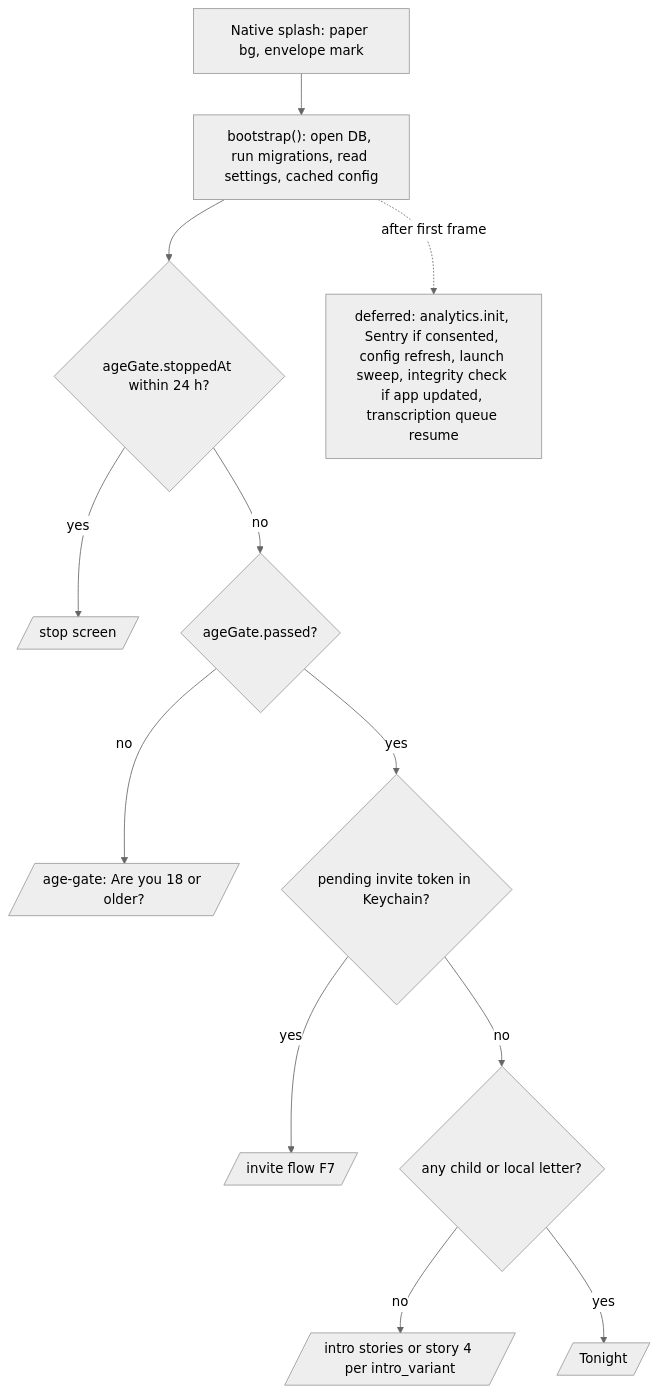
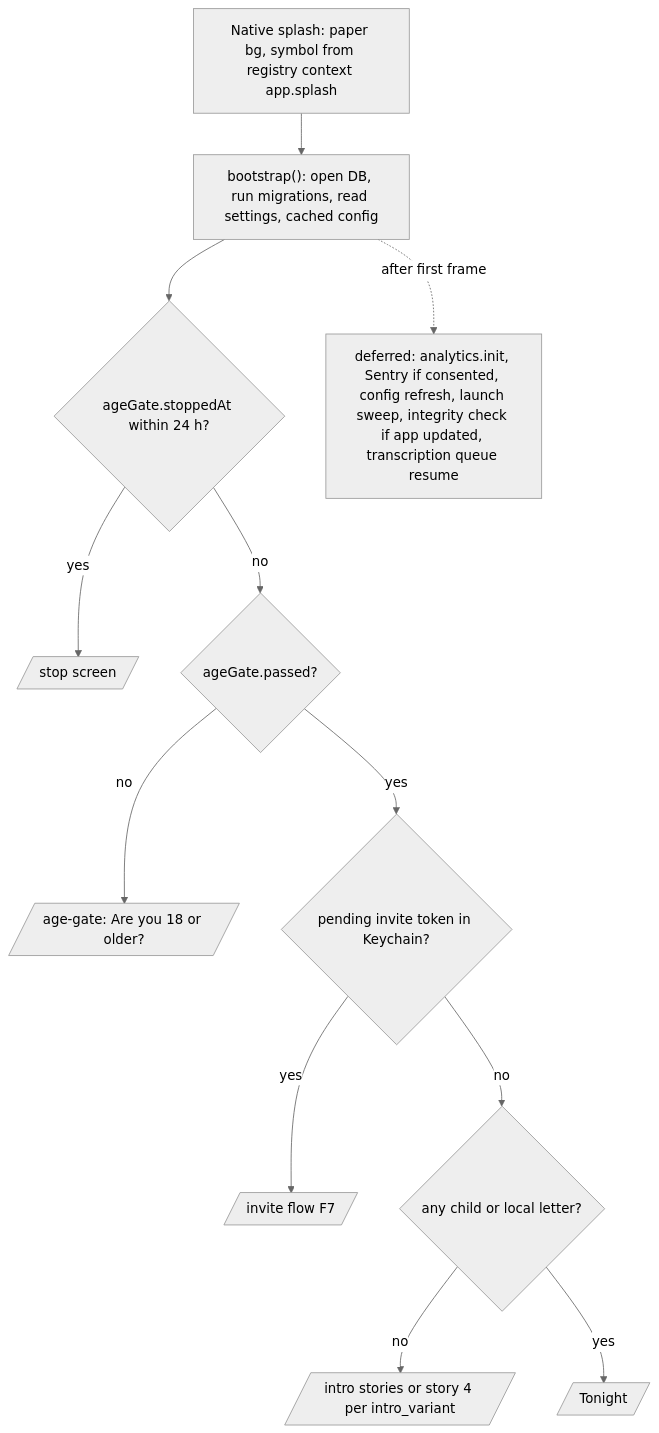
One commit to thesaurabhpareek/earlyletters changed the second of 3 diagrams in docs/tdd/01-mobile-client.md. Above: the diagram before and after it, drawn with Mermaid (neutral theme). The commit also changed other lines of this file and 153 other files, not shown here.

````diff
--- a/docs/tdd/01-mobile-client.md
+++ b/docs/tdd/01-mobile-client.md
@@ -189,14 +189,14 @@
 ```mermaid
 flowchart TD
-  A[Native splash: paper bg, envelope mark] --> B["bootstrap(): open DB, run migrations, read settings, cached config"]
+  A["Native splash: paper bg, symbol from registry context app.splash"] --> B["bootstrap(): open DB, run migrations, read settings, cached config"]
   B --> C{ageGate.stoppedAt within 24 h?}
   C -- yes --> STOP[/stop screen/]
   C -- no --> D{ageGate.passed?}
   D -- no --> GATE[/age-gate: Are you 18 or older?/]
   D -- yes --> E{pending invite token in Keychain?}
   E -- yes --> INV[/invite flow F7/]
   E -- no --> F{any child or local letter?}
   F -- no --> INTRO[/intro stories or story 4 per intro_variant/]
   F -- yes --> TON[/Tonight/]
   B -.after first frame.-> G[deferred: analytics.init, Sentry if consented, config refresh, launch sweep, integrity check if app updated, transcription queue resume]
 ```
````
